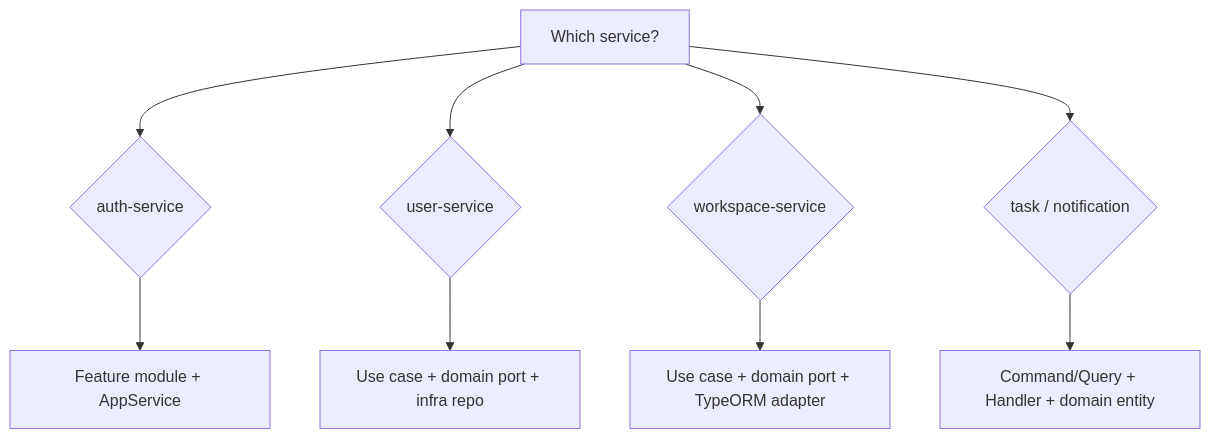
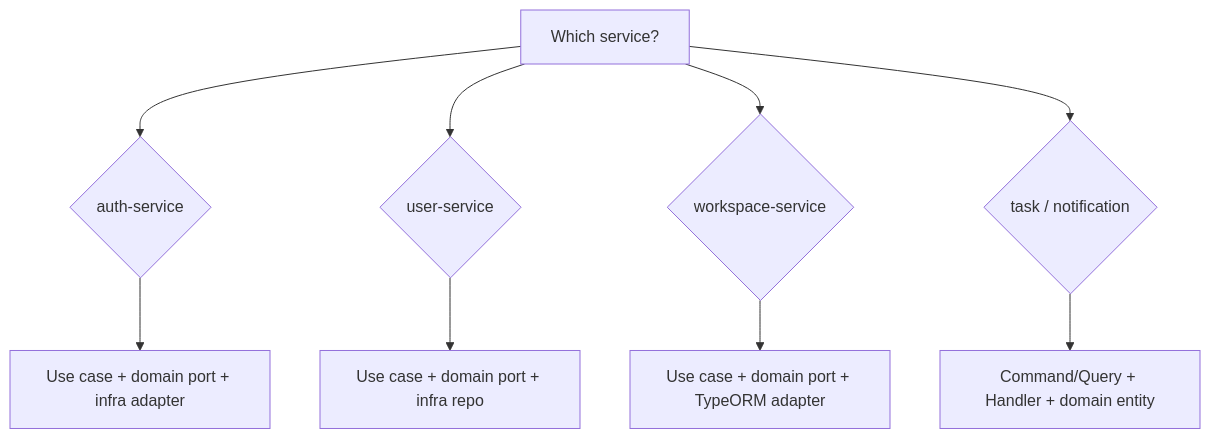
The diagram in .claude/docs/service-architecture.md (lengocanh2005it/collabspace), drawn with Mermaid before and after one commit. The commit also changed other lines of this file and 9 other files, not shown here.

First line of the commit message:
docs: sync auth-service clean architecture across agent and team docs

````diff
--- a/.claude/docs/service-architecture.md
+++ b/.claude/docs/service-architecture.md
@@ -409,11 +409,11 @@
 ```mermaid
 flowchart TD
   A[Which service?] --> B{auth-service}
   A --> C{user-service}
   A --> D{workspace-service}
   A --> E{task / notification}
-  B --> B1[Feature module + AppService]
+  B --> B1[Use case + domain port + infra adapter]
   C --> C1[Use case + domain port + infra repo]
   D --> D1[Use case + domain port + TypeORM adapter]
   E --> E1[Command/Query + Handler + domain entity]
 ```
````
